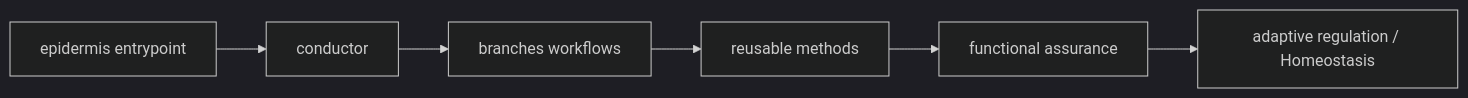
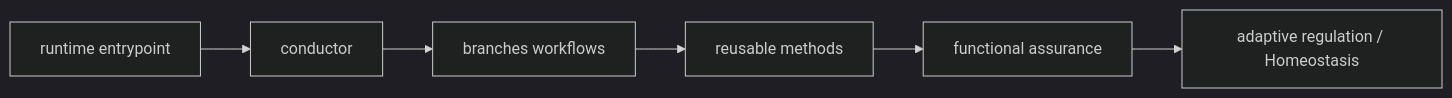
Before and after one commit to ignivivo/Chohogi: the diagram in docs/chohogi/genome-map.md, drawn with Mermaid (dark theme). The commit also changed other lines of this file and 10 other files, not shown here.

Commit message:
Rename runtime entrypoint

````diff
--- a/docs/chohogi/genome-map.md
+++ b/docs/chohogi/genome-map.md
@@ -7,8 +7,8 @@
 ```mermaid
 flowchart LR
-  E[epidermis entrypoint] --> C[conductor]
+  E[runtime entrypoint] --> C[conductor]
   C --> W[branches workflows]
   W --> M[reusable methods]
   M --> F[functional assurance]
   F --> H[adaptive regulation / Homeostasis]
 ```
````
